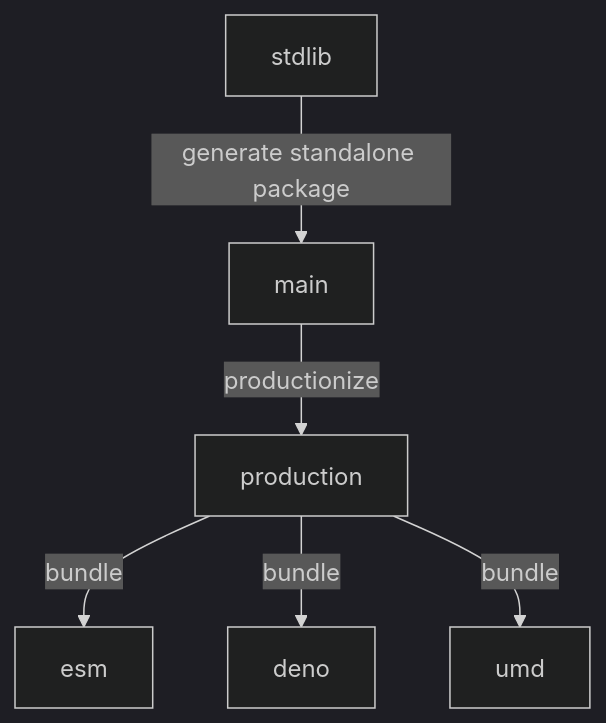
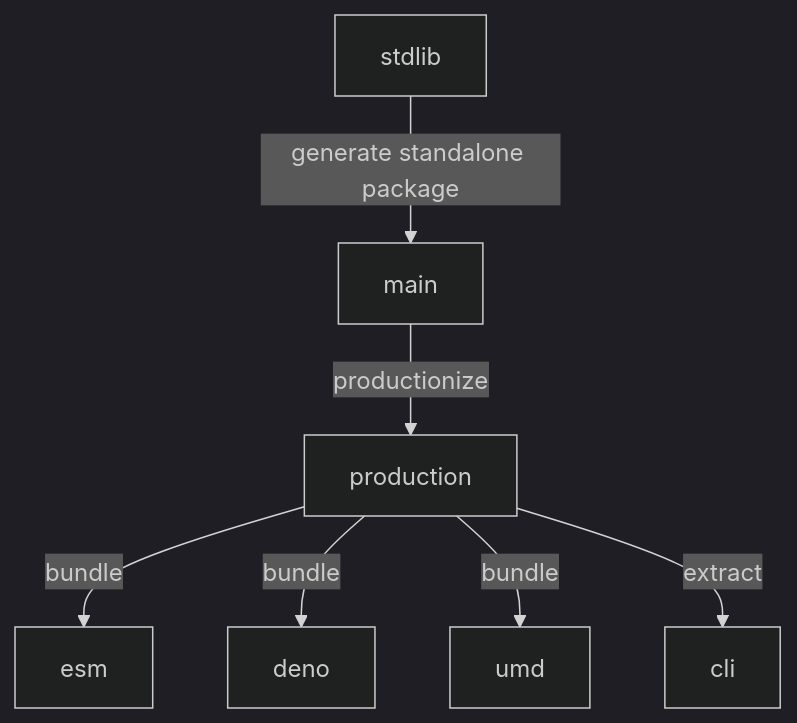
The diagram in branches.md (stdlib-js/datasets-stopwords-en), drawn with Mermaid (dark theme) before and after one commit. The commit also changed other lines of this file and 8 other files, not shown here.

````diff
--- a/branches.md
+++ b/branches.md
@@ -33,15 +34,17 @@
 ```mermaid
 graph TD;
 A[stdlib]-->|generate standalone package|B;
 B[main] -->|productionize| C[production];
 C -->|bundle| D[esm];
 C -->|bundle| E[deno];
 C -->|bundle| F[umd];
+C -->|extract| G[cli];
 
-click A href "https://github.com/stdlib-js/stdlib/tree/develop/lib/node_modules/%40stdlib/datasets/stopwords-en"
-click B href "https://github.com/stdlib-js/datasets-stopwords-en/tree/main"
-click C href "https://github.com/stdlib-js/datasets-stopwords-en/tree/production"
-click D href "https://github.com/stdlib-js/datasets-stopwords-en/tree/esm"
-click E href "https://github.com/stdlib-js/datasets-stopwords-en/tree/deno"
-click F href "https://github.com/stdlib-js/datasets-stopwords-en/tree/umd"
+%% click A href "https://github.com/stdlib-js/stdlib/tree/develop/lib/node_modules/%40stdlib/datasets/stopwords-en"
+%% click B href "https://github.com/stdlib-js/datasets-stopwords-en/tree/main"
+%% click C href "https://github.com/stdlib-js/datasets-stopwords-en/tree/production"
+%% click D href "https://github.com/stdlib-js/datasets-stopwords-en/tree/esm"
+%% click E href "https://github.com/stdlib-js/datasets-stopwords-en/tree/deno"
+%% click F href "https://github.com/stdlib-js/datasets-stopwords-en/tree/umd"
+%% click G href "https://github.com/stdlib-js/datasets-stopwords-en/tree/cli"
 ```
````
